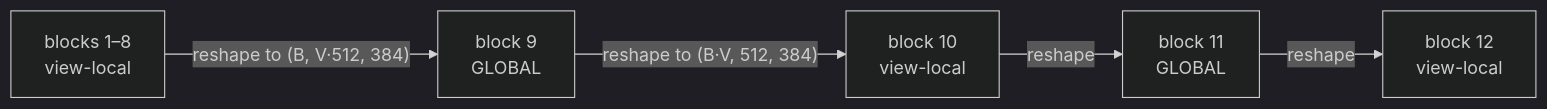
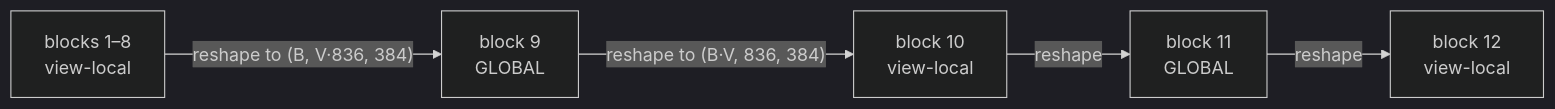
Before and after one commit to NeLy-EPFL/deeperfly: the sixth of 7 diagrams in docs/explanation/detectors.md, drawn with Mermaid (dark theme). The commit also changed other lines of this file and 14 other files, not shown here.

````diff
--- a/docs/explanation/detectors.md
+++ b/docs/explanation/detectors.md
@@ -364,13 +370,13 @@
 ```mermaid
 flowchart LR
   l1["blocks 1–8<br>view-local"]
   g9["block 9<br>GLOBAL"]
   l10["block 10<br>view-local"]
   g11["block 11<br>GLOBAL"]
   l12["block 12<br>view-local"]
 
-  l1 -->|"reshape to (B, V·512, 384)"| g9
-  g9 -->|"reshape to (B·V, 512, 384)"| l10
+  l1 -->|"reshape to (B, V·836, 384)"| g9
+  g9 -->|"reshape to (B·V, 836, 384)"| l10
   l10 -->|"reshape"| g11
   g11 -->|"reshape"| l12
 ```
````
